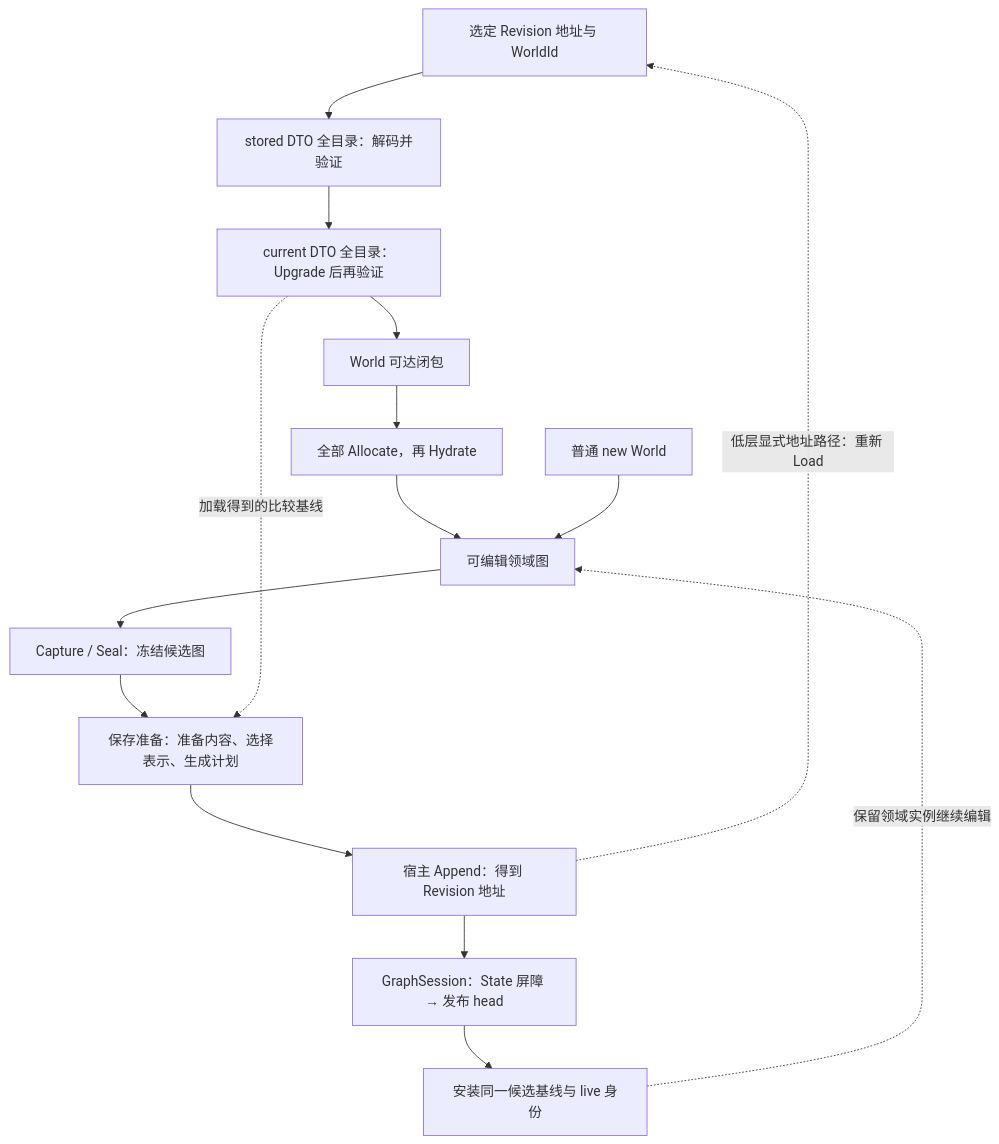
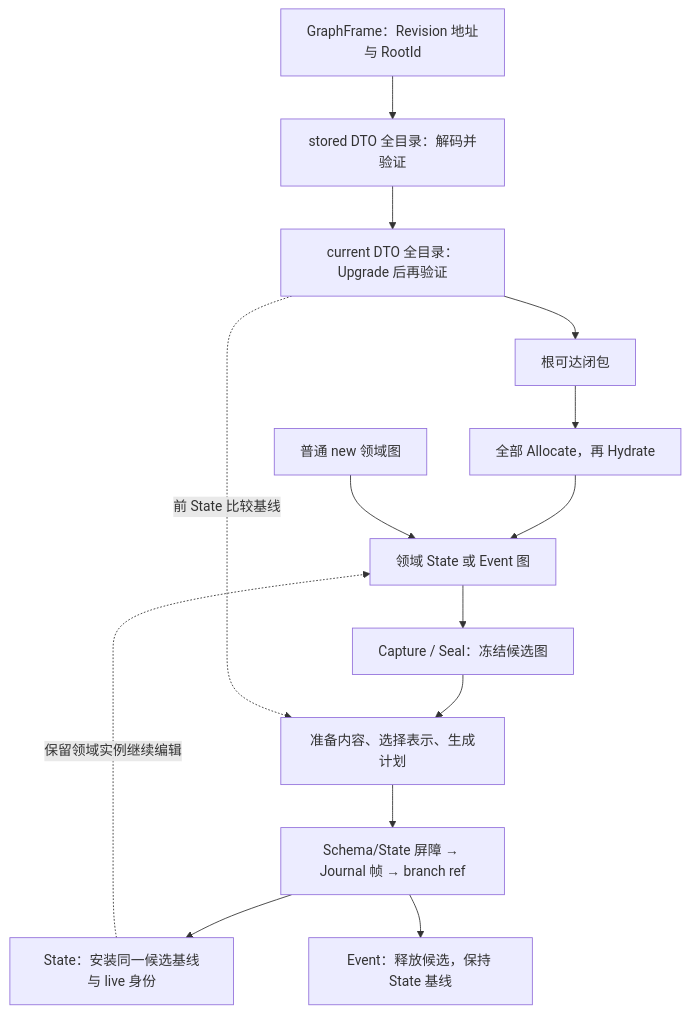
One commit to Robird/durable-graph changed the diagram in docs/DurableGraph-glossary.md. Above: the diagram before and after it, drawn with Mermaid. The commit also changed other lines of this file and 125 other files, not shown here.

Commit message:
Add EventHistory journal facade and migrate consumers

````diff
--- a/docs/DurableGraph-glossary.md
+++ b/docs/DurableGraph-glossary.md
@@ -22,17 +22,16 @@
 ```mermaid
 flowchart TD
-    R["选定 Revision 地址与 WorldId"] --> D["stored DTO 全目录：解码并验证"]
+    R["GraphFrame：Revision 地址与 RootId"] --> D["stored DTO 全目录：解码并验证"]
     D --> N["current DTO 全目录：Upgrade 后再验证"]
-    N --> C["World 可达闭包"]
+    N --> C["根可达闭包"]
     C --> A["全部 Allocate，再 Hydrate"]
-    A --> W["可编辑领域图"]
-    New["普通 new World"] --> W
+    A --> W["领域 State 或 Event 图"]
+    New["普通 new 领域图"] --> W
     W --> F["Capture / Seal：冻结候选图"]
-    F --> P["保存准备：准备内容、选择表示、生成计划"]
-    N -. "加载得到的比较基线" .-> P
-    P --> S["宿主 Append：得到 Revision 地址"]
-    S --> B["GraphSession：State 屏障 → 发布 head"]
-    B --> I["安装同一候选基线与 live 身份"]
+    F --> P["准备内容、选择表示、生成计划"]
+    N -. "前 State 比较基线" .-> P
+    P --> S["Schema/State 屏障 → Journal 帧 → branch ref"]
+    S --> I["State：安装同一候选基线与 live 身份"]
+    S --> E["Event：释放候选，保持 State 基线"]
     I -. "保留领域实例继续编辑" .-> W
-    S -. "低层显式地址路径：重新 Load" .-> R
 ```
````
